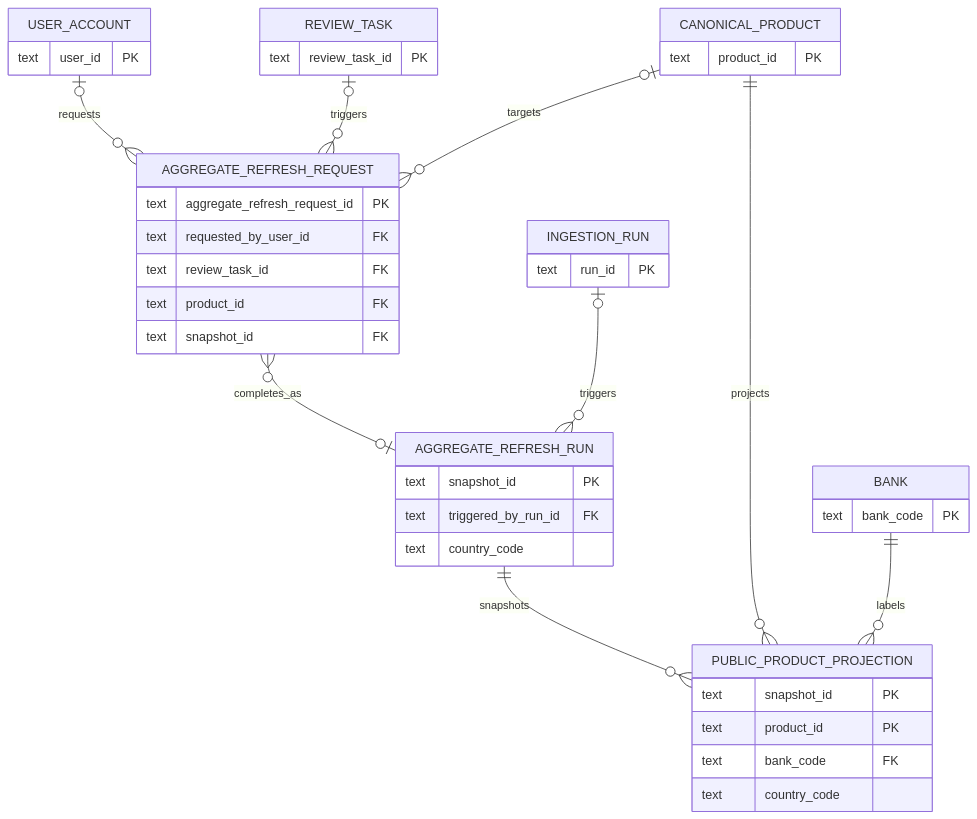
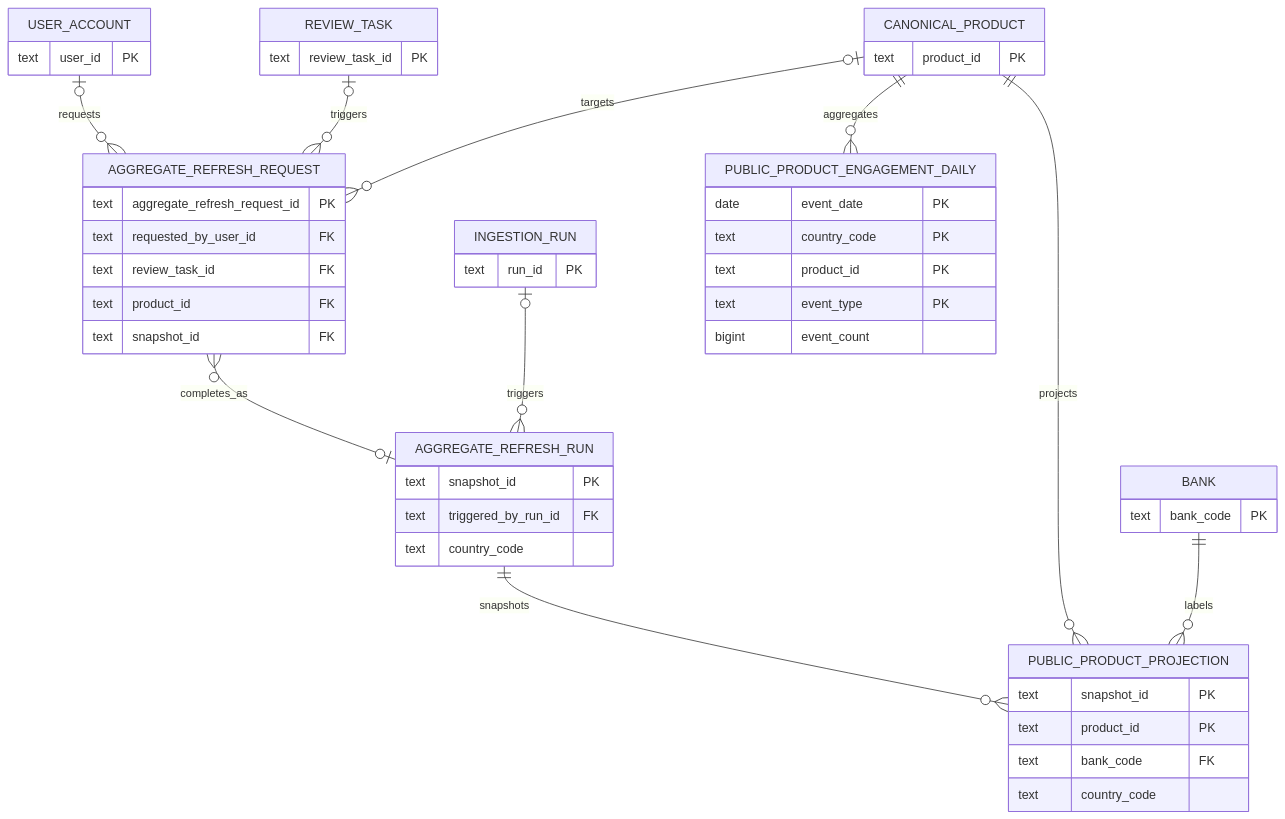
Before and after one commit to keunyop/FPDS: the fourth of 4 diagrams in 00-Scope/database-migrations-schema-erd.md, drawn with Mermaid. The commit also changed other lines of this file and 47 other files, not shown here.

```diff
--- a/00-Scope/database-migrations-schema-erd.md
+++ b/00-Scope/database-migrations-schema-erd.md
@@ -448,45 +452,53 @@
 ~~~mermaid
 erDiagram
     USER_ACCOUNT {
         text user_id PK
     }
     INGESTION_RUN {
         text run_id PK
     }
     REVIEW_TASK {
         text review_task_id PK
     }
     CANONICAL_PRODUCT {
         text product_id PK
     }
     BANK {
         text bank_code PK
     }
     AGGREGATE_REFRESH_REQUEST {
         text aggregate_refresh_request_id PK
         text requested_by_user_id FK
         text review_task_id FK
         text product_id FK
         text snapshot_id FK
     }
     AGGREGATE_REFRESH_RUN {
         text snapshot_id PK
         text triggered_by_run_id FK
         text country_code
     }
     PUBLIC_PRODUCT_PROJECTION {
         text snapshot_id PK
         text product_id PK
         text bank_code FK
         text country_code
     }
+    PUBLIC_PRODUCT_ENGAGEMENT_DAILY {
+        date event_date PK
+        text country_code PK
+        text product_id PK
+        text event_type PK
+        bigint event_count
+    }
 
     USER_ACCOUNT o|--o{ AGGREGATE_REFRESH_REQUEST : requests
     REVIEW_TASK o|--o{ AGGREGATE_REFRESH_REQUEST : triggers
     CANONICAL_PRODUCT o|--o{ AGGREGATE_REFRESH_REQUEST : targets
     AGGREGATE_REFRESH_REQUEST o{--o| AGGREGATE_REFRESH_RUN : completes_as
     INGESTION_RUN o|--o{ AGGREGATE_REFRESH_RUN : triggers
     AGGREGATE_REFRESH_RUN ||--o{ PUBLIC_PRODUCT_PROJECTION : snapshots
     CANONICAL_PRODUCT ||--o{ PUBLIC_PRODUCT_PROJECTION : projects
     BANK ||--o{ PUBLIC_PRODUCT_PROJECTION : labels
+    CANONICAL_PRODUCT ||--o{ PUBLIC_PRODUCT_ENGAGEMENT_DAILY : aggregates
 ~~~
```
